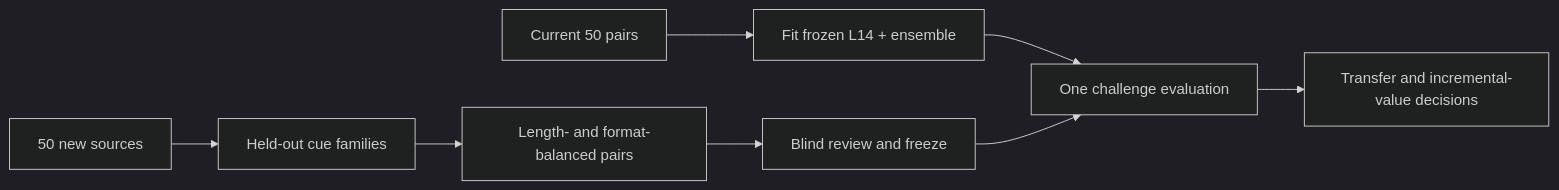
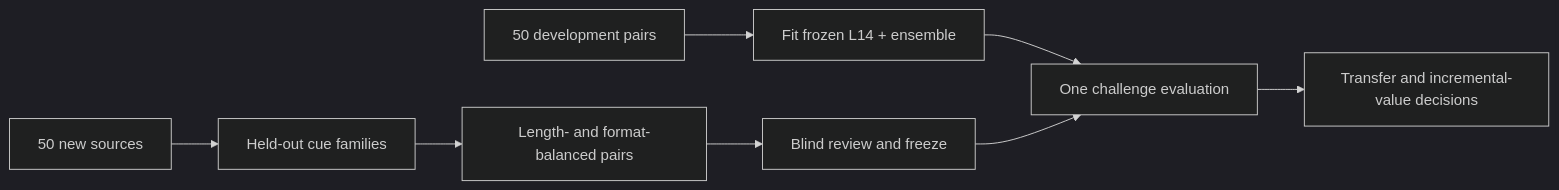
Before and after one commit to WenyiJin2003/mechanistic-confidence-sdt: the diagram in experiments/cue_holdout_challenge_v1/README.md, drawn with Mermaid (dark theme). The commit also changed other lines of this file and 13 other files, not shown here.

````diff
--- a/experiments/cue_holdout_challenge_v1/README.md
+++ b/experiments/cue_holdout_challenge_v1/README.md
@@ -43,10 +57,10 @@
 ```mermaid
 flowchart LR
-    A["Current 50 pairs"] --> B["Fit frozen L14 + ensemble"]
+    A["50 development pairs"] --> B["Fit frozen L14 + ensemble"]
     C["50 new sources"] --> D["Held-out cue families"]
     D --> E["Length- and format-balanced pairs"]
     E --> F["Blind review and freeze"]
     B --> G["One challenge evaluation"]
     F --> G
     G --> H["Transfer and incremental-value decisions"]
 ```
````
